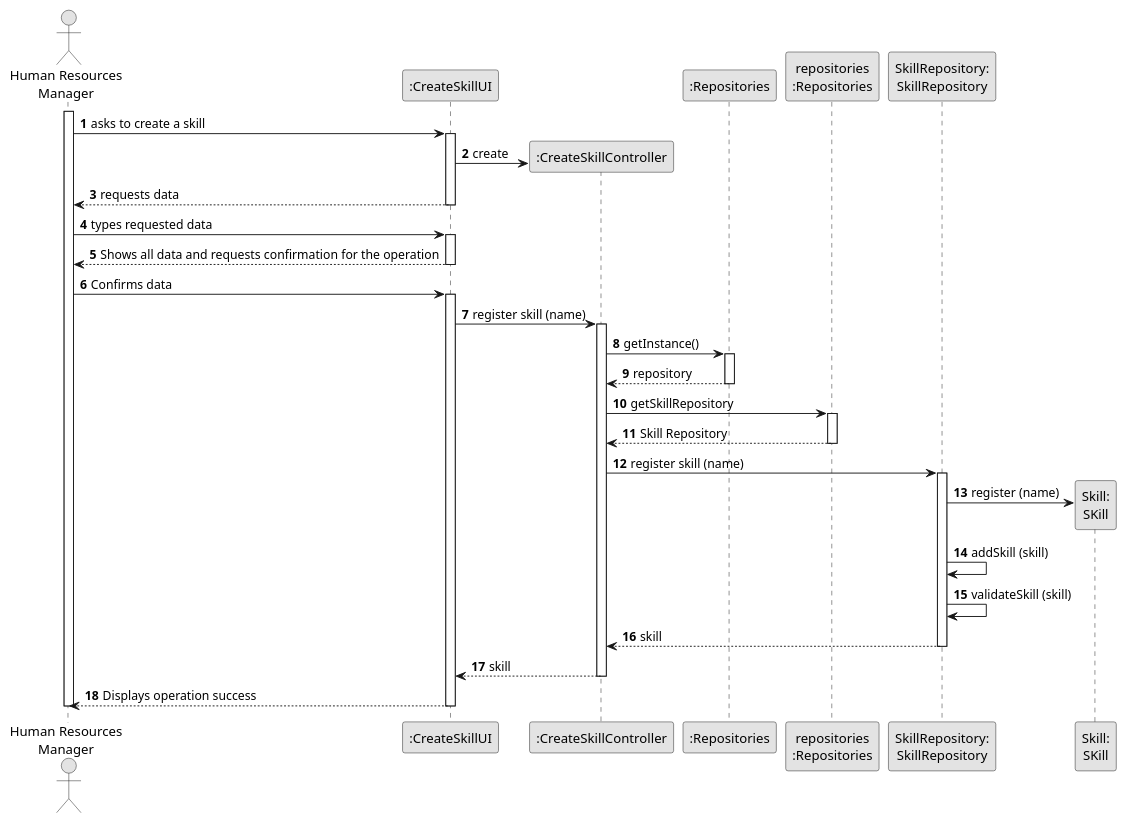
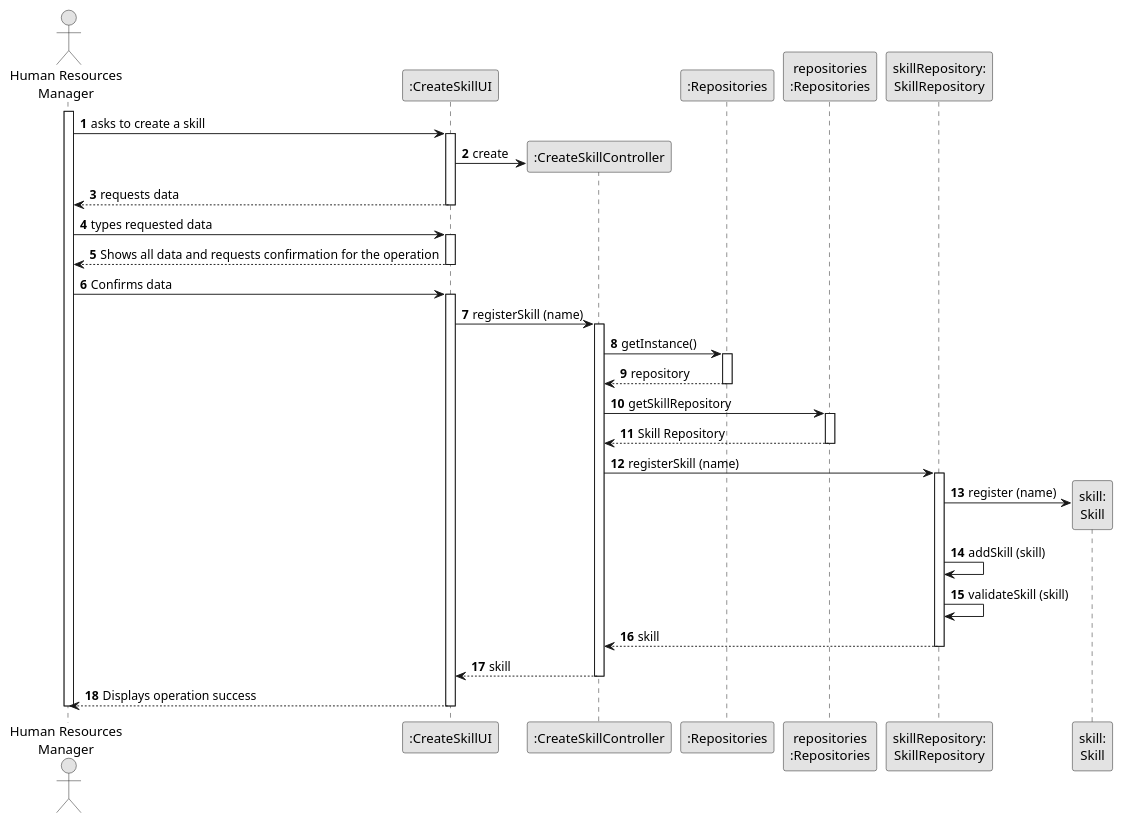
The diagram in docs/sprintA&B/us001/03.design/puml/us001-sequence-diagram-full.puml (daniel41silva05/ISEP_2023_2024_LAPR2), drawn with PlantUML before and after one commit. The commit also changed 7 other files, not shown here.

```diff
--- a/docs/sprintA&B/us001/03.design/puml/us001-sequence-diagram-full.puml
+++ b/docs/sprintA&B/us001/03.design/puml/us001-sequence-diagram-full.puml
@@ -1,72 +1,72 @@
 @startuml
 skinparam monochrome true
 skinparam packageStyle rectangle
 skinparam shadowing false
 
 autonumber
 
 'hide footbox
 actor "Human Resources\nManager" as HRM
 participant ":CreateSkillUI" as UI
 participant ":CreateSkillController" as CTRL
 participant ":Repositories" as REP
 participant "repositories\n:Repositories" as REPS
-participant "SkillRepository:\nSkillRepository" as SkillREP
-participant "Skill:\nSKill" as SKILL
+participant "skillRepository:\nSkillRepository" as SkillREP
+participant "skill:\nSkill" as SKILL
 
 activate HRM
 
     HRM -> UI : asks to create a skill
     activate UI
 
         UI -> CTRL** : create
 
     UI --> HRM : requests data
     deactivate UI
 
     HRM -> UI : types requested data
     activate UI
 
     UI --> HRM:Shows all data and requests confirmation for the operation
     deactivate UI
 
     HRM -> UI :Confirms data
     activate UI
 
-        UI -> CTRL : register skill (name)
+        UI -> CTRL : registerSkill (name)
         activate CTRL
 
             CTRL -> REP : getInstance()
             activate REP
 
             REP --> CTRL : repository
             deactivate REP
 
             CTRL -> REPS : getSkillRepository
             activate REPS
 
             REPS --> CTRL : Skill Repository
             deactivate REPS
 
-            CTRL -> SkillREP : register skill (name)
+            CTRL -> SkillREP : registerSkill (name)
             activate SkillREP
 
             SkillREP -> SKILL** : register (name)
 
                 SkillREP -> SkillREP : addSkill (skill)
 
                 SkillREP -> SkillREP : validateSkill (skill)
 
             SkillREP --> CTRL : skill
             deactivate SkillREP
 
         CTRL --> UI : skill
         deactivate CTRL
 
     UI --> HRM :Displays operation success
     deactivate UI
 
 deactivate HRM
 
 
 @enduml
```
